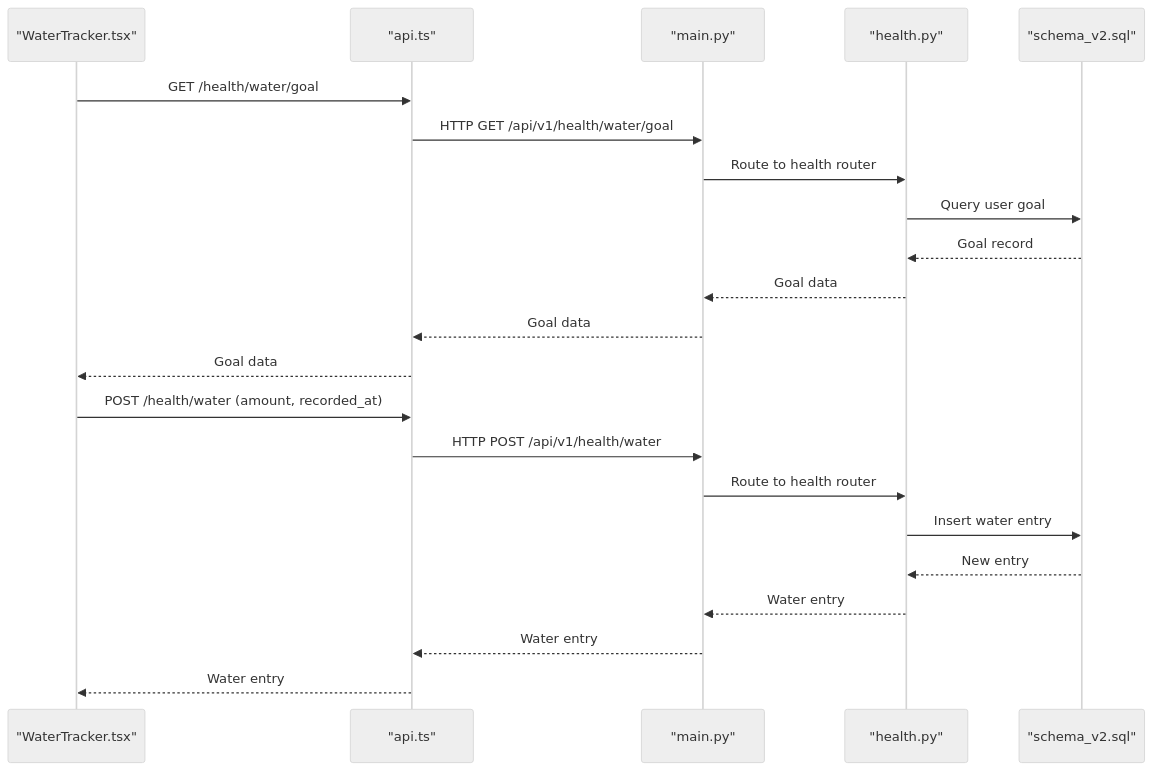
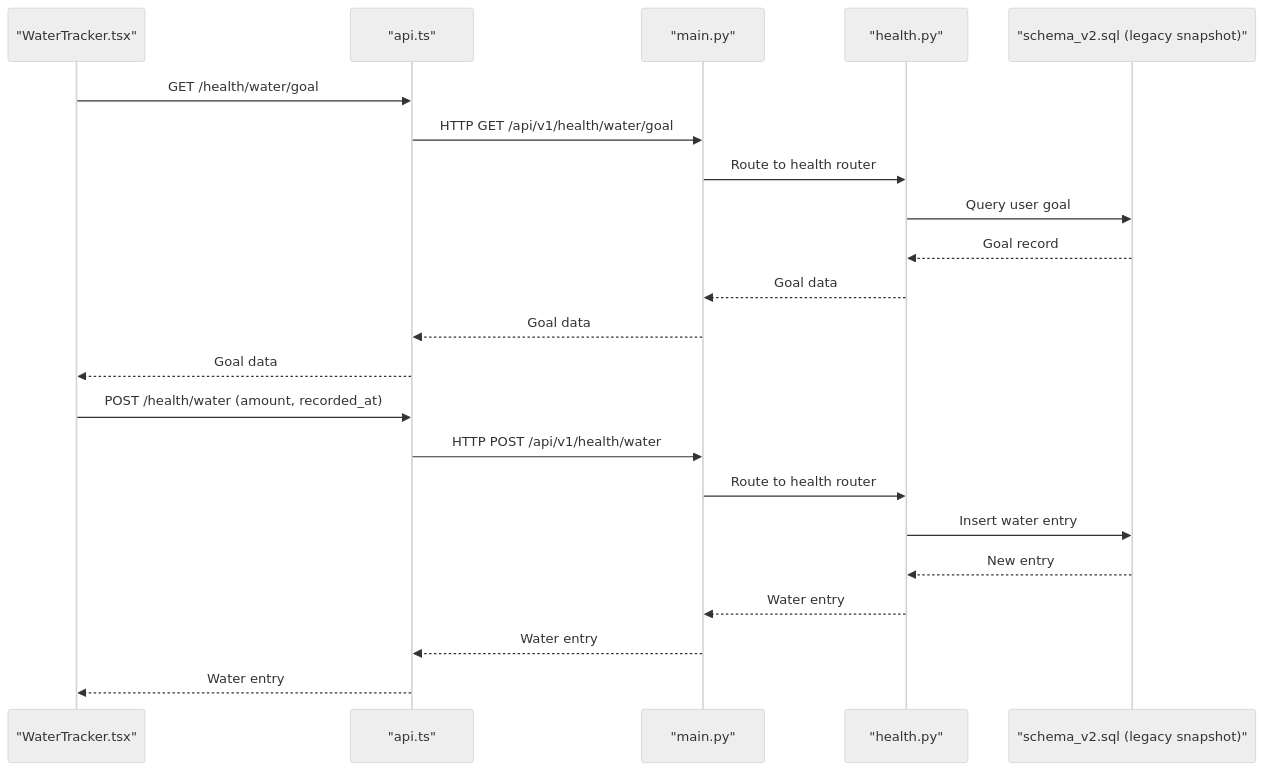
Before and after one commit to nilsnavi/fit_trackerpro: the second of 4 diagrams in .qoder/repowiki/en/content/Feature Implementation/Health Monitoring System/Hydration Tracking.md, drawn with Mermaid (neutral theme). The commit also changed other lines of this file and 18 other files, not shown here.

First line of the commit message:
docs(db): закрепить единый source of truth схемы

````diff
--- a/.qoder/repowiki/en/content/Feature Implementation/Health Monitoring System/Hydration Tracking.md
+++ b/.qoder/repowiki/en/content/Feature Implementation/Health Monitoring System/Hydration Tracking.md
@@ -91,24 +91,24 @@
 ```mermaid
 sequenceDiagram
 participant UI as "WaterTracker.tsx"
 participant API as "api.ts"
 participant APP as "main.py"
 participant ROUTER as "health.py"
-participant DB as "schema_v2.sql"
+participant DB as "schema_v2.sql (legacy snapshot)"
 UI->>API : GET /health/water/goal
 API->>APP : HTTP GET /api/v1/health/water/goal
 APP->>ROUTER : Route to health router
 ROUTER->>DB : Query user goal
 DB-->>ROUTER : Goal record
 ROUTER-->>APP : Goal data
 APP-->>API : Goal data
 API-->>UI : Goal data
 UI->>API : POST /health/water (amount, recorded_at)
 API->>APP : HTTP POST /api/v1/health/water
 APP->>ROUTER : Route to health router
 ROUTER->>DB : Insert water entry
 DB-->>ROUTER : New entry
 ROUTER-->>APP : Water entry
 APP-->>API : Water entry
 API-->>UI : Water entry
 ```
````
